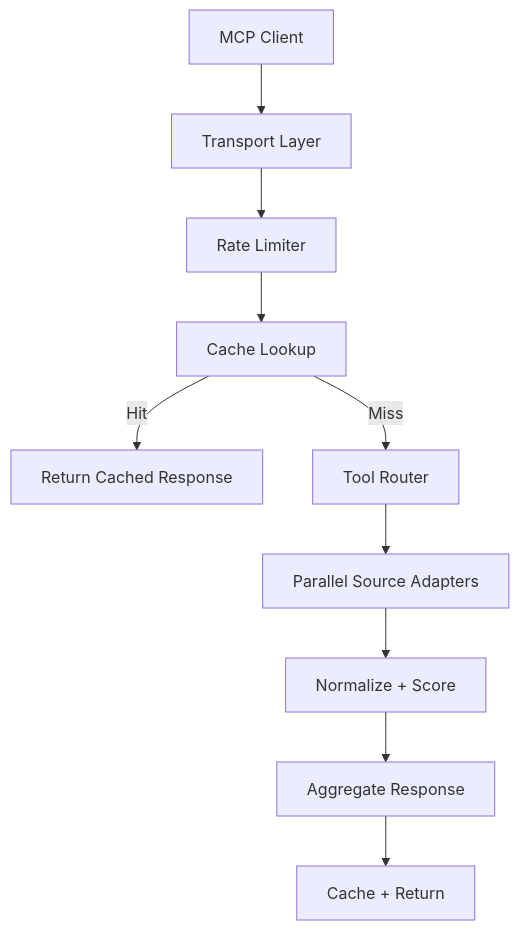
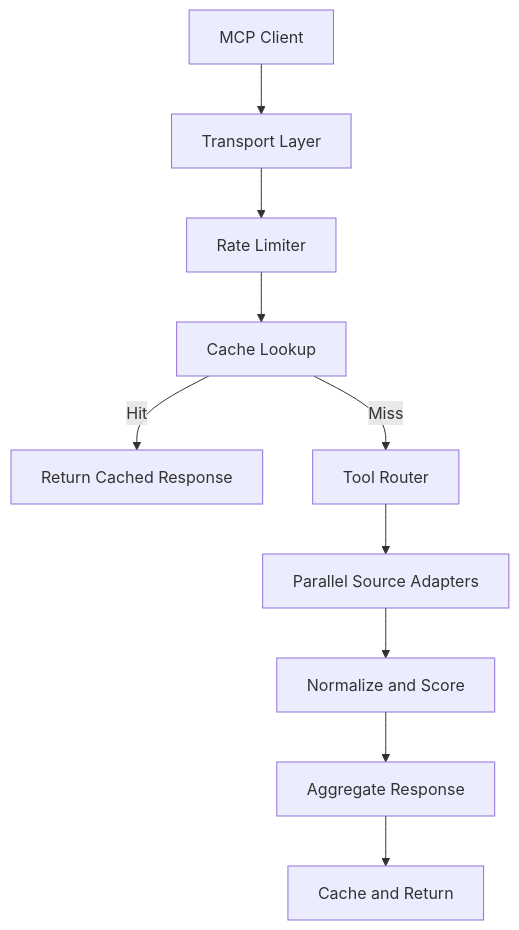
Before and after one commit to shiftbloom-studio/open-hallucination-index: the first of 2 diagrams in src/ohi-mcp-server/README.md, drawn with Mermaid. The commit also changed other lines of this file and 2 other files, not shown here.

Commit message:
feat: Improve readability of flowcharts in documentation by enhancing labels and descriptions

````diff
--- a/src/ohi-mcp-server/README.md
+++ b/src/ohi-mcp-server/README.md
@@ -21,12 +21,12 @@
 ```mermaid
 flowchart TD
     A[MCP Client] --> B[Transport Layer]
-    B --> C[Rate Limiter]
-    C --> D[Cache Lookup]
+    B --> C["Rate Limiter"]
+    C --> D["Cache Lookup"]
     D -->|Hit| E[Return Cached Response]
     D -->|Miss| F[Tool Router]
-    F --> G[Parallel Source Adapters]
-    G --> H[Normalize + Score]
+    F --> G["Parallel Source Adapters"]
+    G --> H["Normalize and Score"]
     H --> I[Aggregate Response]
-    I --> J[Cache + Return]
+    I --> J["Cache and Return"]
 ```
````
